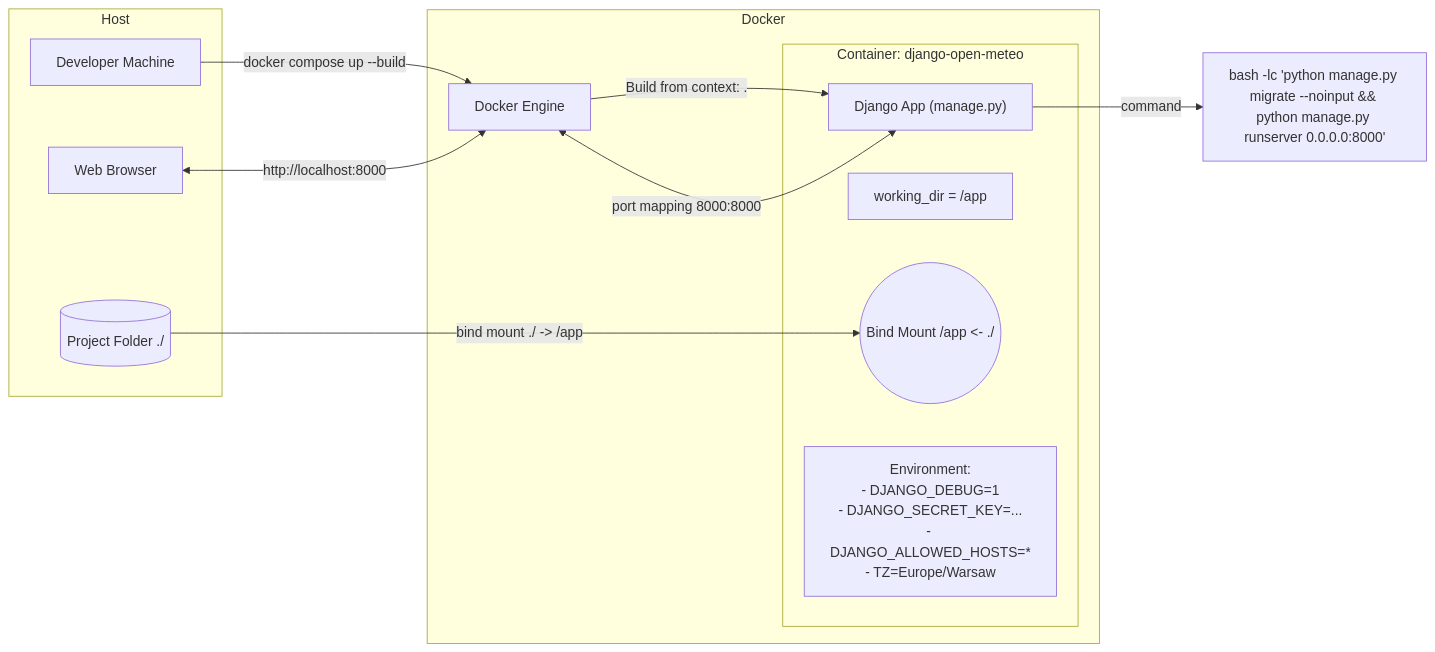
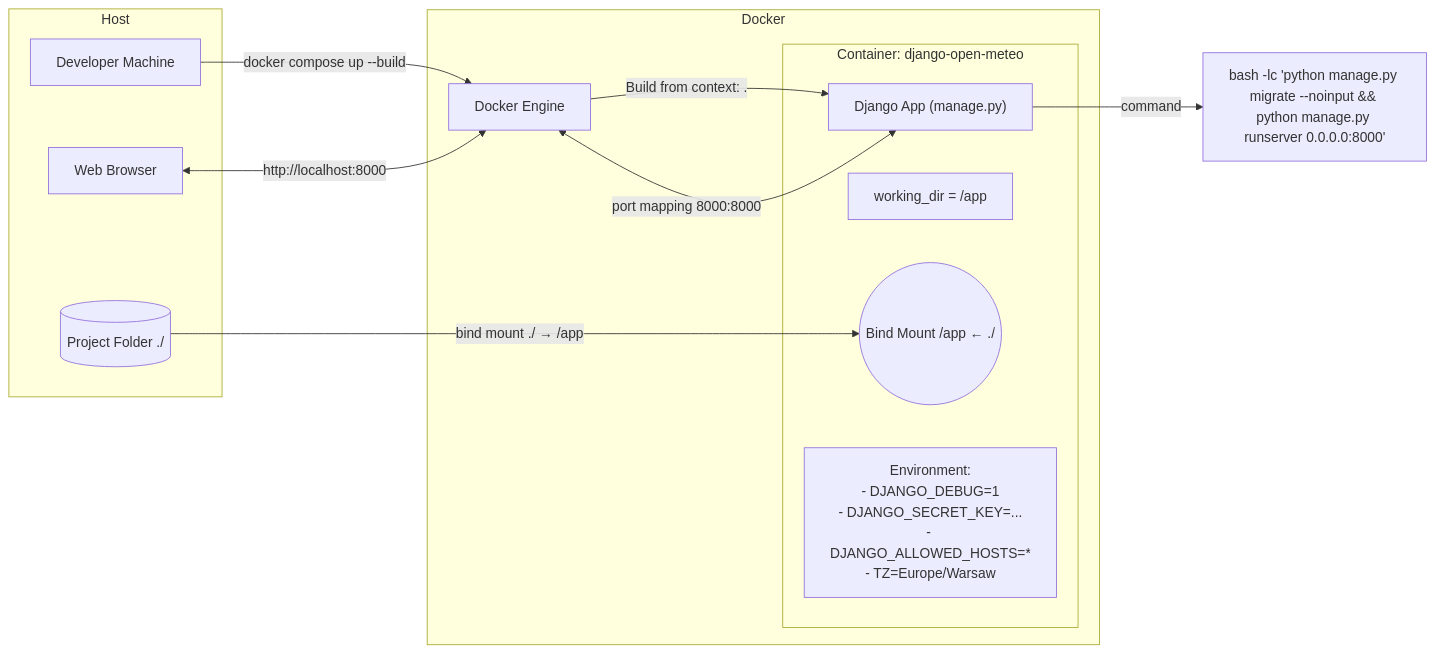
One commit to zacniewski/materials-about-containerized-applications changed the first of 2 diagrams in examples/04-django/README.md. Above: the diagram before and after it, drawn with Mermaid. The commit also changed other lines of this file, not shown here.

Commit message:
Add information about structure

````diff
--- a/examples/04-django/README.md
+++ b/examples/04-django/README.md
@@ -40,28 +40,28 @@
 ```mermaid
 flowchart LR
   subgraph Host
     Dev[Developer Machine]
     Browser[Web Browser]
     FS[(Project Folder ./)]
   end
 
   subgraph Docker
     Engine[Docker Engine]
 
     subgraph Container: django-open-meteo
       App["Django App (manage.py)"]
       WorkDir["working_dir = /app"]
-      Bind((Bind Mount /app <- ./))
+      Bind((Bind Mount /app ← ./))
       Env["Environment:\n- DJANGO_DEBUG=1\n- DJANGO_SECRET_KEY=...\n- DJANGO_ALLOWED_HOSTS=*\n- TZ=Europe/Warsaw"]
     end
   end
 
   Dev -->|docker compose up --build| Engine
   Engine -->|Build from context: .| App
-  FS -->|bind mount ./ -> /app| Bind
+  FS -->|bind mount ./ → /app| Bind
 
   Browser <--> |http://localhost:8000| Engine
   Engine <--> |port mapping 8000:8000| App
 
   App -->|command| AppCmd["bash -lc 'python manage.py migrate --noinput && python manage.py runserver 0.0.0.0:8000' "]
 ```
````
